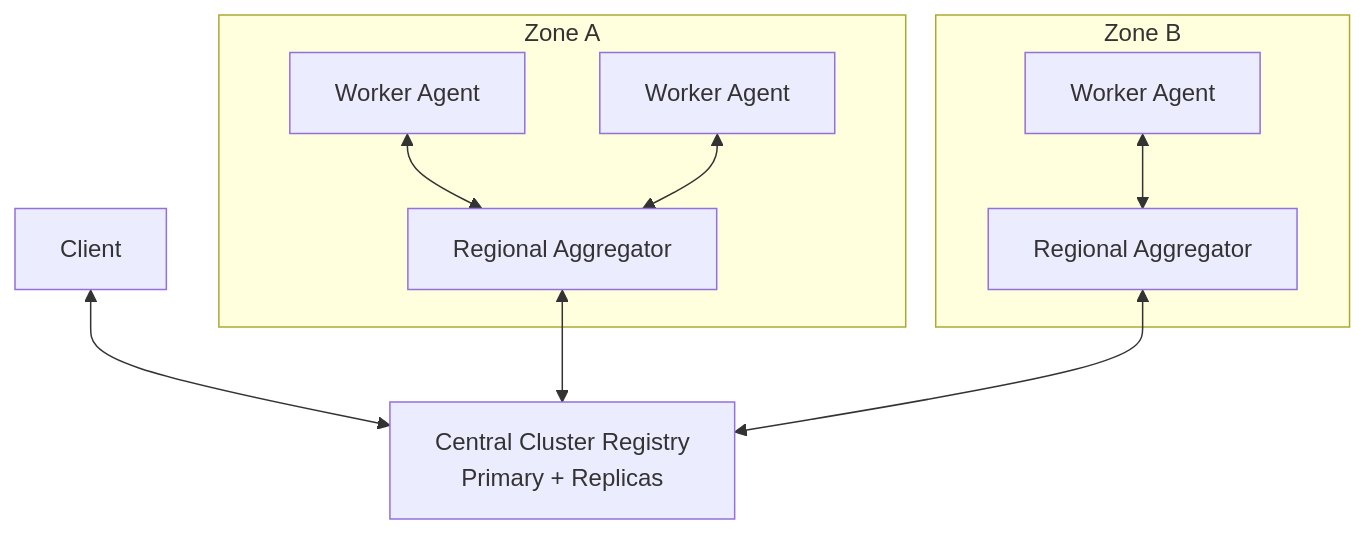
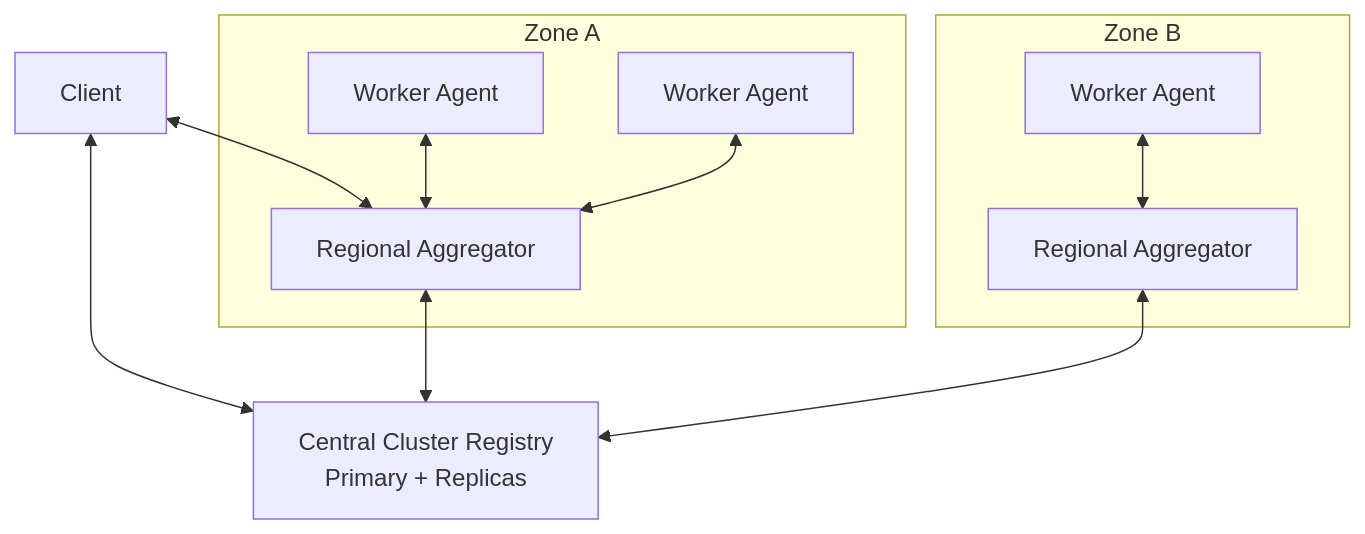
Before and after one commit to dev-rb-hub/a2a-control-plane: the first of 2 diagrams in spec/02-topology.md, drawn with Mermaid. The commit also changed other lines of this file and 30 other files, not shown here.

````diff
--- a/spec/02-topology.md
+++ b/spec/02-topology.md
@@ -25,20 +25,21 @@
 ```mermaid
 flowchart TB
     CL[Client]
     CCR[Central Cluster Registry<br/>Primary + Replicas]
     subgraph Zone A
         RA1[Regional Aggregator]
         W1[Worker Agent]
         W2[Worker Agent]
     end
     subgraph Zone B
         RA2[Regional Aggregator]
         W3[Worker Agent]
     end
     CL <--> CCR
+    CL <--> RA1
     RA1 <--> CCR
     RA2 <--> CCR
     W1 <--> RA1
     W2 <--> RA1
     W3 <--> RA2
 ```
````
